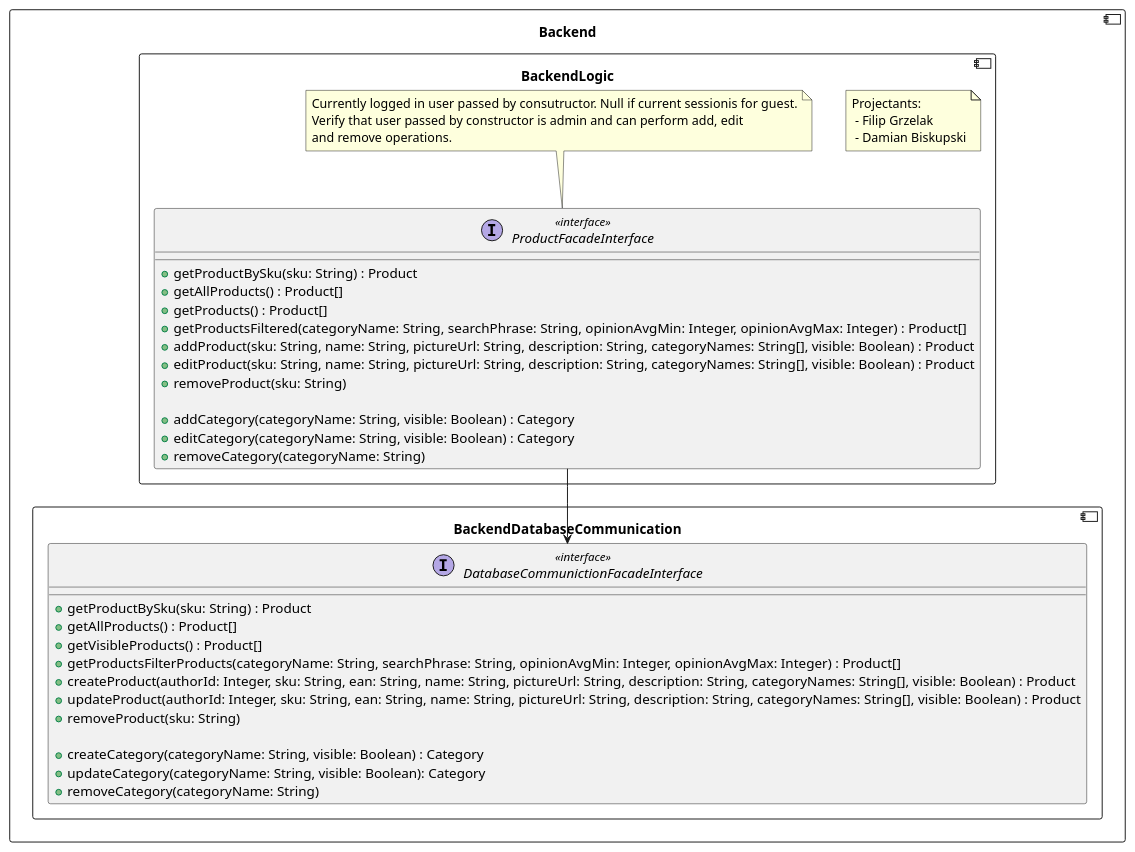
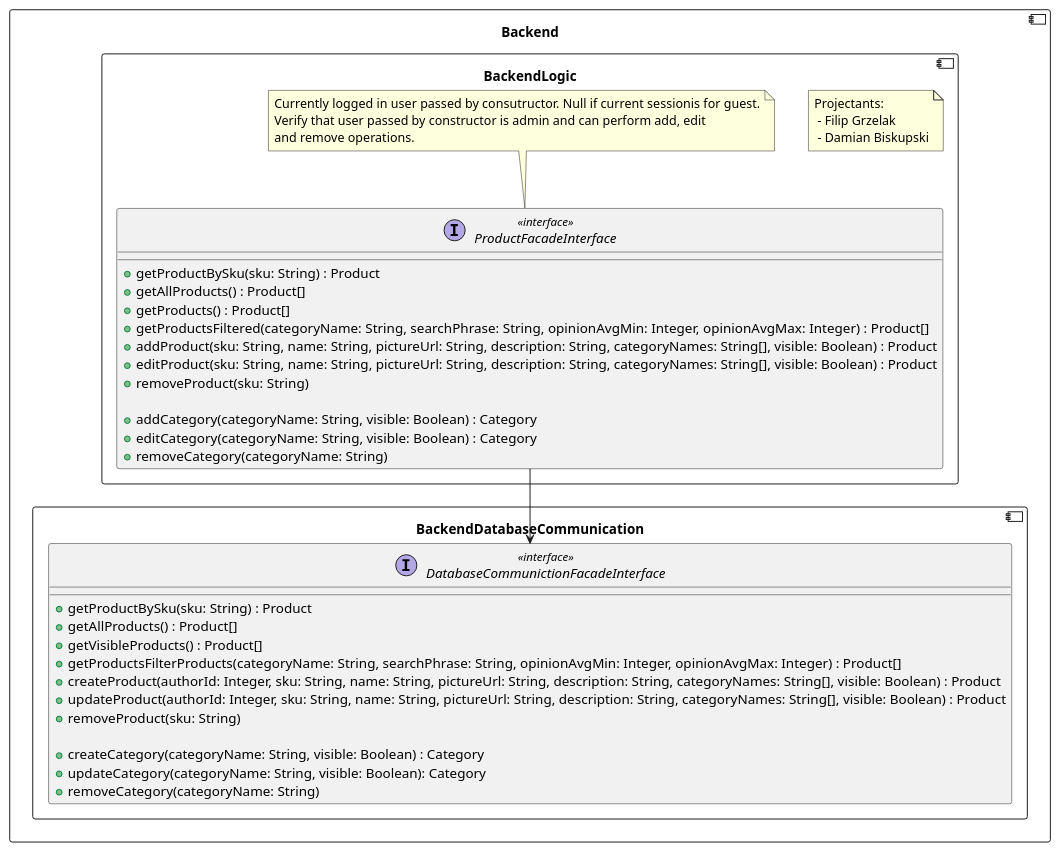
Before and after one commit to RadekBucki/OpinionCollectorArchitecture: the third of 5 diagrams in backend/BackendLogic.md, drawn with PlantUML. The commit also changed 2 other files, not shown here.

Commit message:
Ean removed

````diff
--- a/backend/BackendLogic.md
+++ b/backend/BackendLogic.md
@@ -82,50 +82,50 @@
 ```plantuml
 @startuml
 component Backend {
     component BackendDatabaseCommunication {
         interface DatabaseCommunictionFacadeInterface <<interface>> {
             + getProductBySku(sku: String) : Product
             + getAllProducts() : Product[]
             + getVisibleProducts() : Product[]
             + getProductsFilterProducts(categoryName: String, searchPhrase: String, opinionAvgMin: Integer, opinionAvgMax: Integer) : Product[]
-            + createProduct(authorId: Integer, sku: String, ean: String, name: String, pictureUrl: String, description: String, categoryNames: String[], visible: Boolean) : Product
-            + updateProduct(authorId: Integer, sku: String, ean: String, name: String, pictureUrl: String, description: String, categoryNames: String[], visible: Boolean) : Product
+            + createProduct(authorId: Integer, sku: String, name: String, pictureUrl: String, description: String, categoryNames: String[], visible: Boolean) : Product
+            + updateProduct(authorId: Integer, sku: String, name: String, pictureUrl: String, description: String, categoryNames: String[], visible: Boolean) : Product
             + removeProduct(sku: String)
 
             + createCategory(categoryName: String, visible: Boolean) : Category
             + updateCategory(categoryName: String, visible: Boolean): Category
             + removeCategory(categoryName: String)
         }
     }
     
     component BackendLogic {
         note as Authors
             Projectants: 
              - Filip Grzelak
              - Damian Biskupski
         endnote
         
         ProductFacadeInterface  --> DatabaseCommunictionFacadeInterface
         interface ProductFacadeInterface <<interface>> {
             + getProductBySku(sku: String) : Product
             + getAllProducts() : Product[]
             + getProducts() : Product[]
             + getProductsFiltered(categoryName: String, searchPhrase: String, opinionAvgMin: Integer, opinionAvgMax: Integer) : Product[]
             + addProduct(sku: String, name: String, pictureUrl: String, description: String, categoryNames: String[], visible: Boolean) : Product
             + editProduct(sku: String, name: String, pictureUrl: String, description: String, categoryNames: String[], visible: Boolean) : Product
             + removeProduct(sku: String)
             
             + addCategory(categoryName: String, visible: Boolean) : Category
             + editCategory(categoryName: String, visible: Boolean) : Category
             + removeCategory(categoryName: String)
         }
     
         note top of ProductFacadeInterface
             Currently logged in user passed by consutructor. Null if current sessionis for guest.
             Verify that user passed by constructor is admin and can perform add, edit
             and remove operations.
         endnote
     }
 }
 @enduml 
 ```
````
